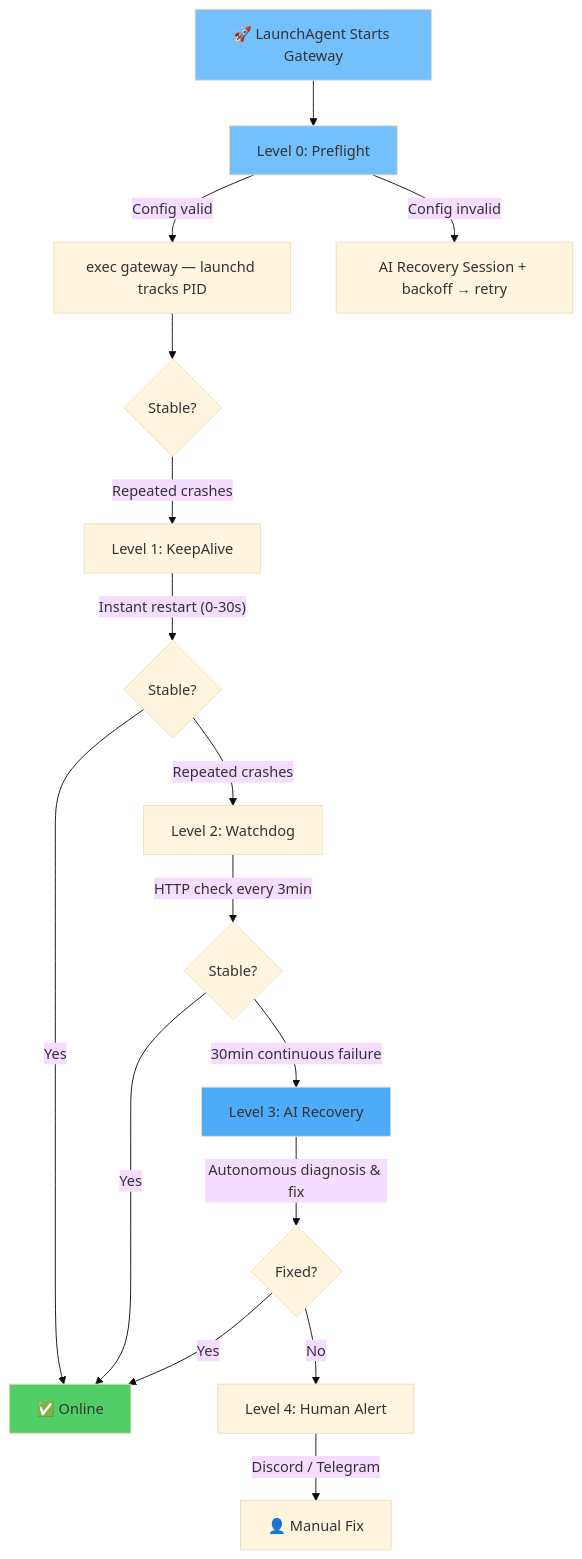
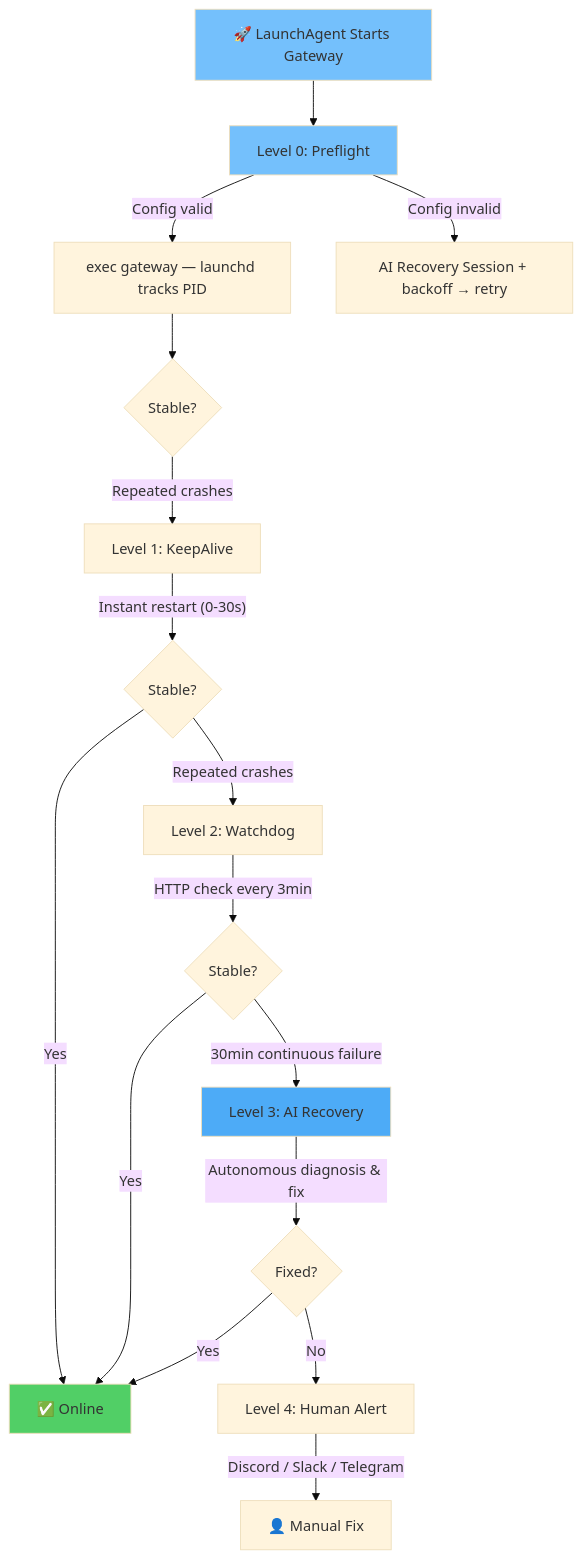
Before and after one commit to Ramsbaby/openclaw-self-healing: the diagram in README.md, drawn with Mermaid (base theme). The commit also changed other lines of this file, not shown here.

````diff
--- a/README.md
+++ b/README.md
@@ -105,23 +135,23 @@
 ```mermaid
 graph TD
     A[🚀 LaunchAgent Starts Gateway] --> B[Level 0: Preflight]
     B -->|"Config valid"| C[exec gateway — launchd tracks PID]
     B -->|"Config invalid"| D[AI Recovery Session + backoff → retry]
     C --> E{Stable?}
     E -->|Repeated crashes| F[Level 1: KeepAlive]
     F -->|"Instant restart (0-30s)"| G{Stable?}
     G -->|Yes| Z[✅ Online]
     G -->|Repeated crashes| H[Level 2: Watchdog]
     H -->|"HTTP check every 3min"| I{Stable?}
     I -->|Yes| Z
     I -->|"30min continuous failure"| J[Level 3: AI Recovery]
     J -->|"Autonomous diagnosis & fix"| K{Fixed?}
     K -->|Yes| Z
     K -->|No| L[Level 4: Human Alert]
-    L -->|"Discord / Telegram"| M[👤 Manual Fix]
+    L -->|"Discord / Slack / Telegram"| M[👤 Manual Fix]
 
     style A fill:#74c0fc
     style B fill:#74c0fc
     style Z fill:#51cf66
     style J fill:#4dabf7
 ```
````
